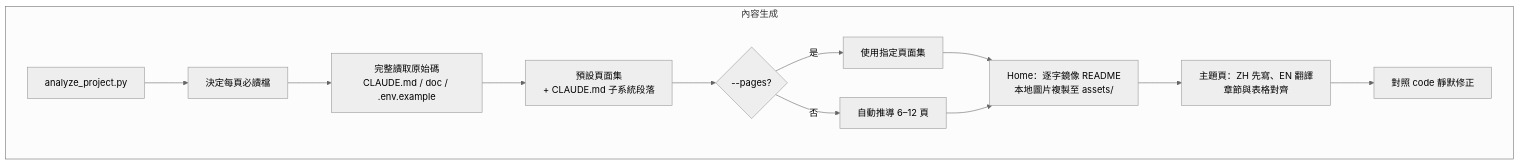
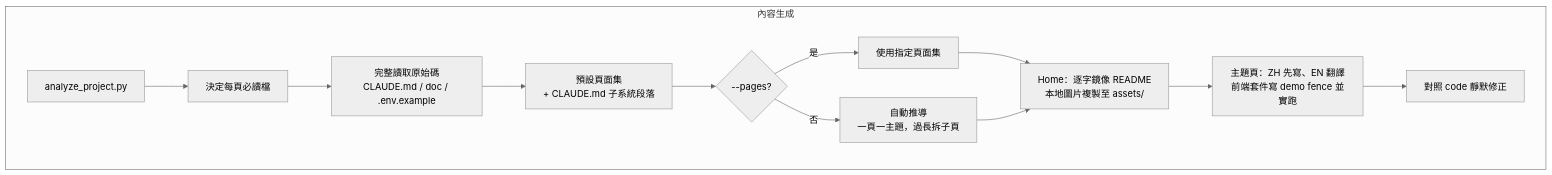
The fifth of 9 diagrams in doc/architecture.zh.md (agenvoy/skill-wiki-generate), drawn with Mermaid (neutral theme) before and after one commit. The commit also changed other lines of this file and 13 other files, not shown here.

````diff
--- a/doc/architecture.zh.md
+++ b/doc/architecture.zh.md
@@ -70,15 +92,15 @@
 ```mermaid
 graph TB
     subgraph Content[內容生成]
         C1[analyze_project.py] --> C2[決定每頁必讀檔]
         C2 --> C3[完整讀取原始碼<br/>CLAUDE.md / doc / .env.example]
         C3 --> C4[預設頁面集<br/>+ CLAUDE.md 子系統段落]
         C4 --> C5{--pages?}
         C5 -->|是| C6[使用指定頁面集]
-        C5 -->|否| C7[自動推導 6–12 頁]
+        C5 -->|否| C7[自動推導<br/>一頁一主題，過長拆子頁]
         C6 --> C8[Home：逐字鏡像 README<br/>本地圖片複製至 assets/]
         C7 --> C8
-        C8 --> C9[主題頁：ZH 先寫、EN 翻譯<br/>章節與表格對齊]
+        C8 --> C9[主題頁：ZH 先寫、EN 翻譯<br/>前端套件寫 demo fence 並實跑]
         C9 --> C10[對照 code 靜默修正]
     end
 ```
````
